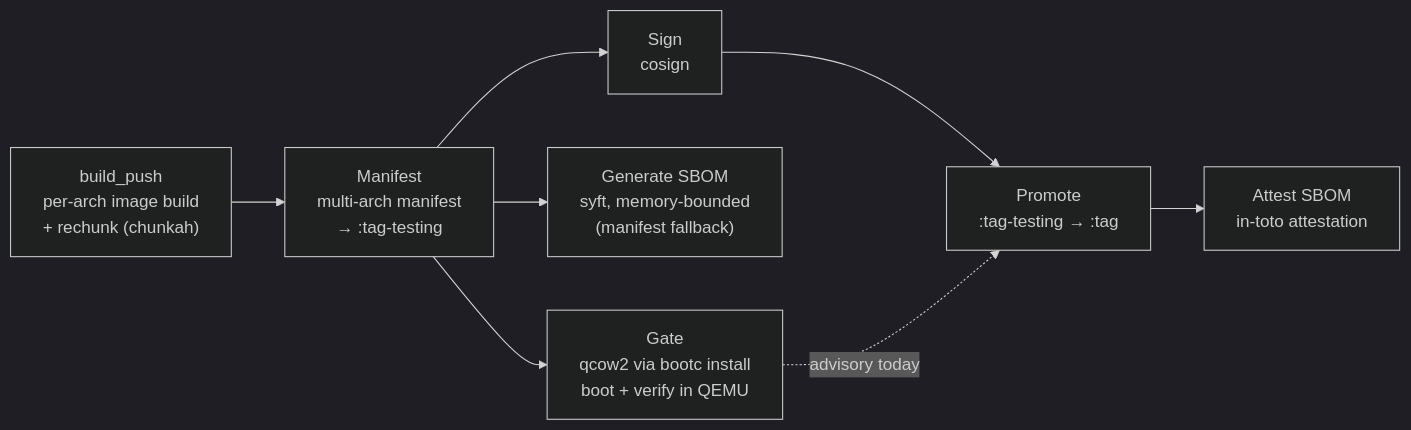
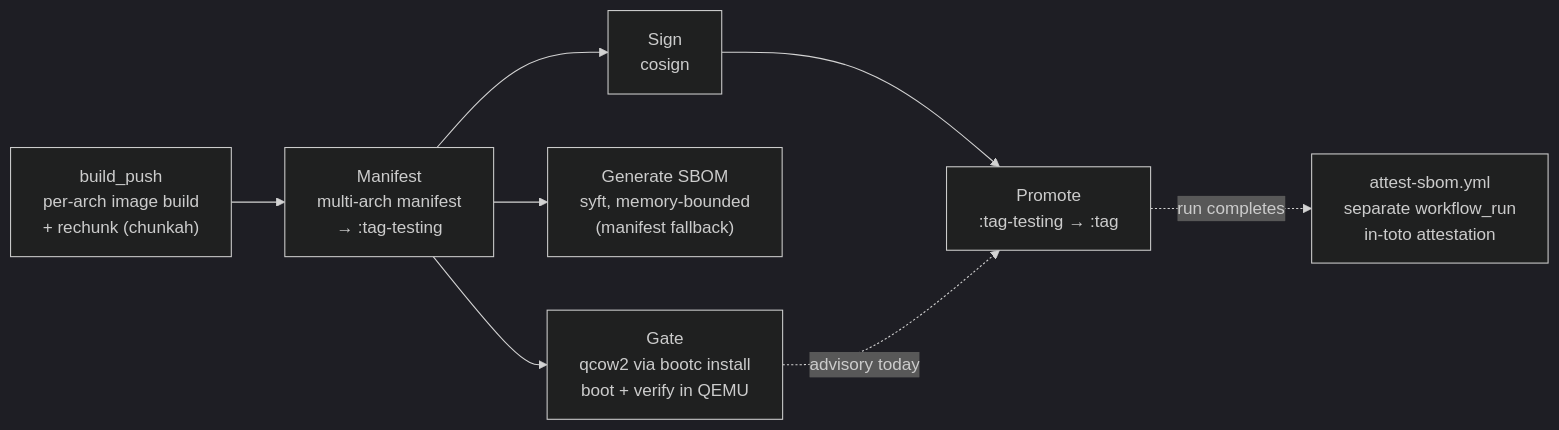
One commit to tuna-os/tunaOS changed the third of 5 diagrams in docs/DEVELOPER-GUIDE.md. Above: the diagram before and after it, drawn with Mermaid (dark theme). The commit also changed other lines of this file and 9 other files, not shown here.

````diff
--- a/docs/DEVELOPER-GUIDE.md
+++ b/docs/DEVELOPER-GUIDE.md
@@ -89,10 +89,10 @@
 ```mermaid
 flowchart LR
     B["build_push<br/>per-arch image build<br/>+ rechunk (chunkah)"] --> M["Manifest<br/>multi-arch manifest<br/>→ :tag-testing"]
     M --> S["Sign<br/>cosign"]
     M --> SB["Generate SBOM<br/>syft, memory-bounded<br/>(manifest fallback)"]
     M --> GT["Gate<br/>qcow2 via bootc install<br/>boot + verify in QEMU"]
     S --> PR["Promote<br/>:tag-testing → :tag"]
     GT -.->|"advisory today"| PR
-    PR --> AT["Attest SBOM<br/>in-toto attestation"]
+    PR -.->|"run completes"| AT["attest-sbom.yml<br/>separate workflow_run<br/>in-toto attestation"]
 ```
````
